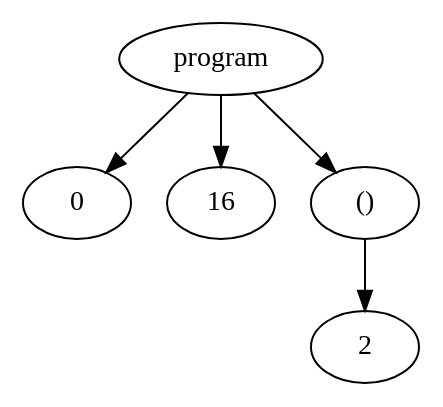
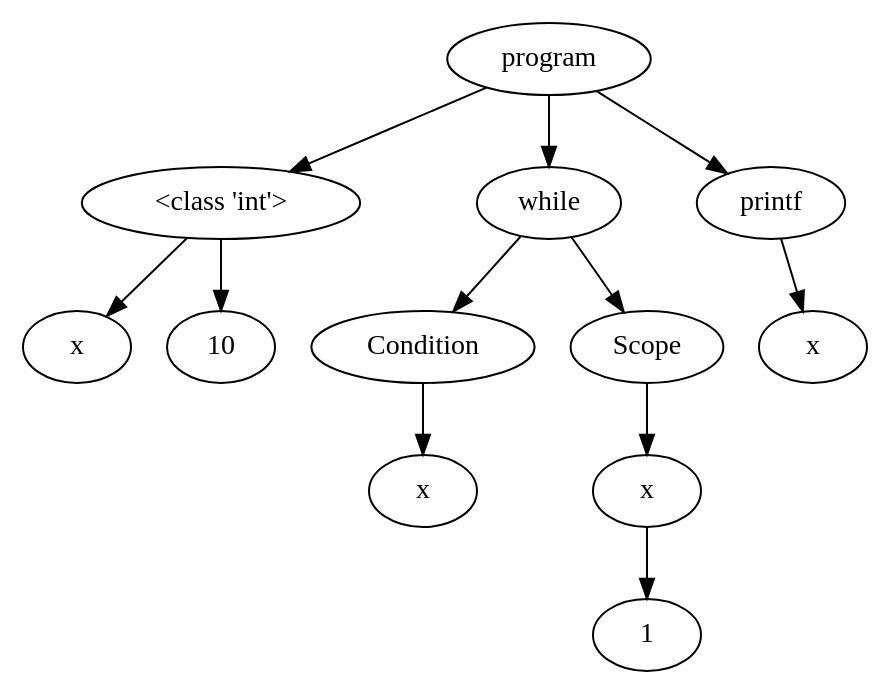
The diagram in OutputFiles/dotVisualization.dot (NielsVandenBroeck/COMP_Compiler), drawn with Graphviz before and after one commit. The commit also changed 2 other files, not shown here.

```diff
--- a/OutputFiles/dotVisualization.dot
+++ b/OutputFiles/dotVisualization.dot
@@ -1,12 +1,31 @@
 digraph G { 
-"<AST.AST object at 0x000001D818E47FA0> (0)"[label="program"]
-"<AST.AST object at 0x000001D818E47B80> (1)"[label="0"]
-"<AST.AST object at 0x000001D818E47FA0> (0)"->"<AST.AST object at 0x000001D818E47B80> (1)"
-"<AST.AST object at 0x000001D818E4EBB0> (1)"[label="16"]
-"<AST.AST object at 0x000001D818E47FA0> (0)"->"<AST.AST object at 0x000001D818E4EBB0> (1)"
-"<AST.AST object at 0x000001D818E4EB50> (1)"[label="()"]
-"<AST.AST object at 0x000001D818E47FA0> (0)"->"<AST.AST object at 0x000001D818E4EB50> (1)"
-"<AST.AST object at 0x000001D818E4EB50> (1)"[label="()"]
-"<AST.AST object at 0x000001D818E4E310> (2)"[label="2"]
-"<AST.AST object at 0x000001D818E4EB50> (1)"->"<AST.AST object at 0x000001D818E4E310> (2)"
+"<AST.AST object at 0x000001E40060CC40> (0)"[label="program"]
+"<AST.ASTDataType object at 0x000001E40060CDC0> (1)"[label="<class 'int'>"]
+"<AST.AST object at 0x000001E40060CC40> (0)"->"<AST.ASTDataType object at 0x000001E40060CDC0> (1)"
+"<AST.ASTDataType object at 0x000001E40060CDC0> (1)"[label="<class 'int'>"]
+"<AST.ASTVariable object at 0x000001E40060CE20> (2)"[label="x"]
+"<AST.ASTDataType object at 0x000001E40060CDC0> (1)"->"<AST.ASTVariable object at 0x000001E40060CE20> (2)"
+"<AST.AST object at 0x000001E40060C3D0> (2)"[label="10"]
+"<AST.ASTDataType object at 0x000001E40060CDC0> (1)"->"<AST.AST object at 0x000001E40060C3D0> (2)"
+"<AST.ASTWhile object at 0x000001E40060C880> (1)"[label="while"]
+"<AST.AST object at 0x000001E40060CC40> (0)"->"<AST.ASTWhile object at 0x000001E40060C880> (1)"
+"<AST.ASTWhile object at 0x000001E40060C880> (1)"[label="while"]
+"<AST.ASTCondition object at 0x000001E40060C7C0> (2)"[label="Condition"]
+"<AST.ASTWhile object at 0x000001E40060C880> (1)"->"<AST.ASTCondition object at 0x000001E40060C7C0> (2)"
+"<AST.ASTCondition object at 0x000001E40060C7C0> (2)"[label="Condition"]
+"<AST.ASTVariable object at 0x000001E40060C970> (3)"[label="x"]
+"<AST.ASTCondition object at 0x000001E40060C7C0> (2)"->"<AST.ASTVariable object at 0x000001E40060C970> (3)"
+"<AST.ASTScope object at 0x000001E4006103D0> (2)"[label="Scope"]
+"<AST.ASTWhile object at 0x000001E40060C880> (1)"->"<AST.ASTScope object at 0x000001E4006103D0> (2)"
+"<AST.ASTScope object at 0x000001E4006103D0> (2)"[label="Scope"]
+"<AST.ASTVariable object at 0x000001E4006104F0> (3)"[label="x"]
+"<AST.ASTScope object at 0x000001E4006103D0> (2)"->"<AST.ASTVariable object at 0x000001E4006104F0> (3)"
+"<AST.ASTVariable object at 0x000001E4006104F0> (3)"[label="x"]
+"<AST.AST object at 0x000001E400610400> (4)"[label="1"]
+"<AST.ASTVariable object at 0x000001E4006104F0> (3)"->"<AST.AST object at 0x000001E400610400> (4)"
+"<AST.ASTPrintf object at 0x000001E400610460> (1)"[label="printf"]
+"<AST.AST object at 0x000001E40060CC40> (0)"->"<AST.ASTPrintf object at 0x000001E400610460> (1)"
+"<AST.ASTPrintf object at 0x000001E400610460> (1)"[label="printf"]
+"<AST.ASTVariable object at 0x000001E400610340> (2)"[label="x"]
+"<AST.ASTPrintf object at 0x000001E400610460> (1)"->"<AST.ASTVariable object at 0x000001E400610340> (2)"
 }
```
